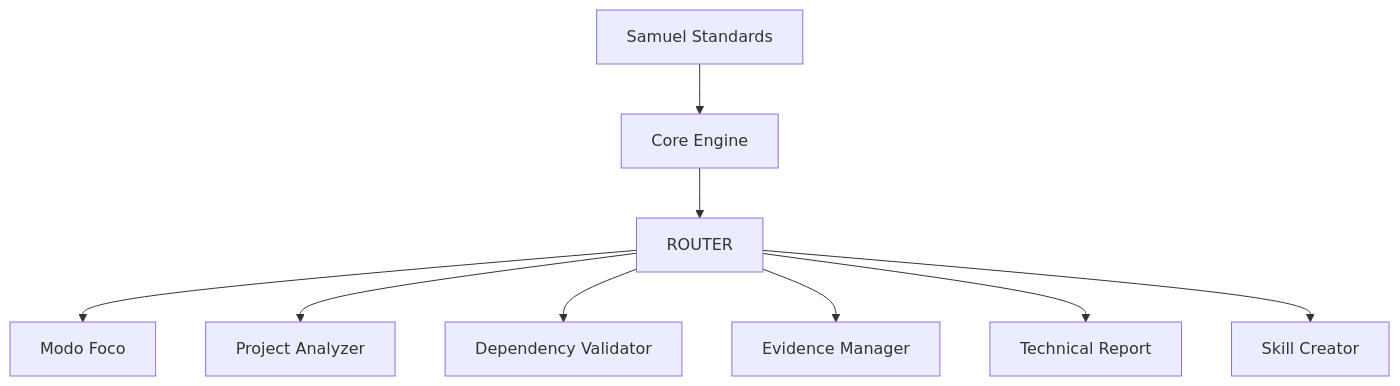
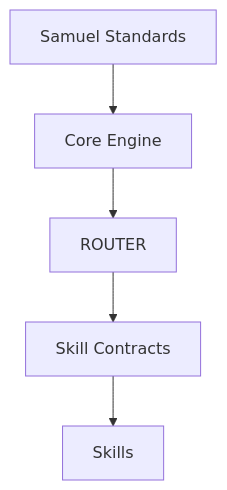
The diagram in README.md (SkSamuel157/Samuel-Skills-System), drawn with Mermaid before and after one commit. The commit also changed other lines of this file and 9 other files, not shown here.

Commit message:
feat(core): implement Core Engine architecture

````diff
--- a/README.md
+++ b/README.md
@@ -97,25 +92,21 @@
 ```mermaid
 flowchart TD
 
     SS[Samuel Standards]
 
     CE[Core Engine]
 
     R[ROUTER]
 
+    SC[Skill Contracts]
+
+    SK[Skills]
+
     SS --> CE
 
     CE --> R
 
-    R --> MF[Modo Foco]
+    R --> SC
 
-    R --> PA[Project Analyzer]
-
-    R --> DV[Dependency Validator]
-
-    R --> EM[Evidence Manager]
-
-    R --> TR[Technical Report]
-
-    R --> SC[Skill Creator]
+    SC --> SK
 ```
````
